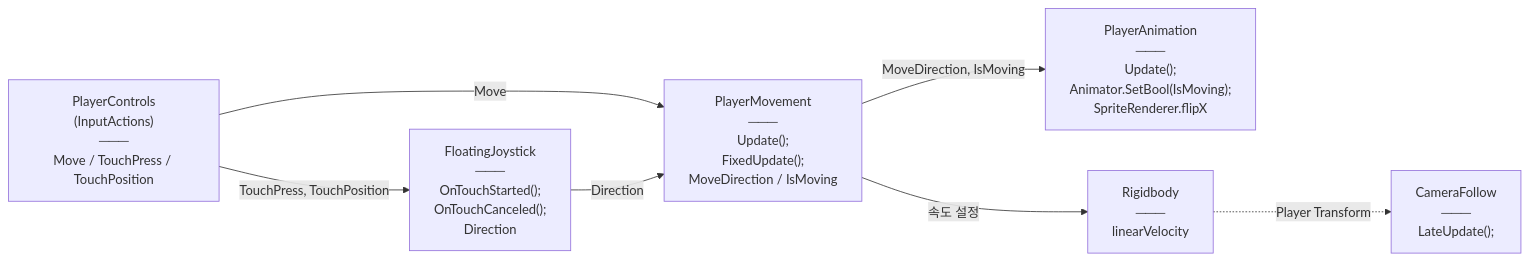
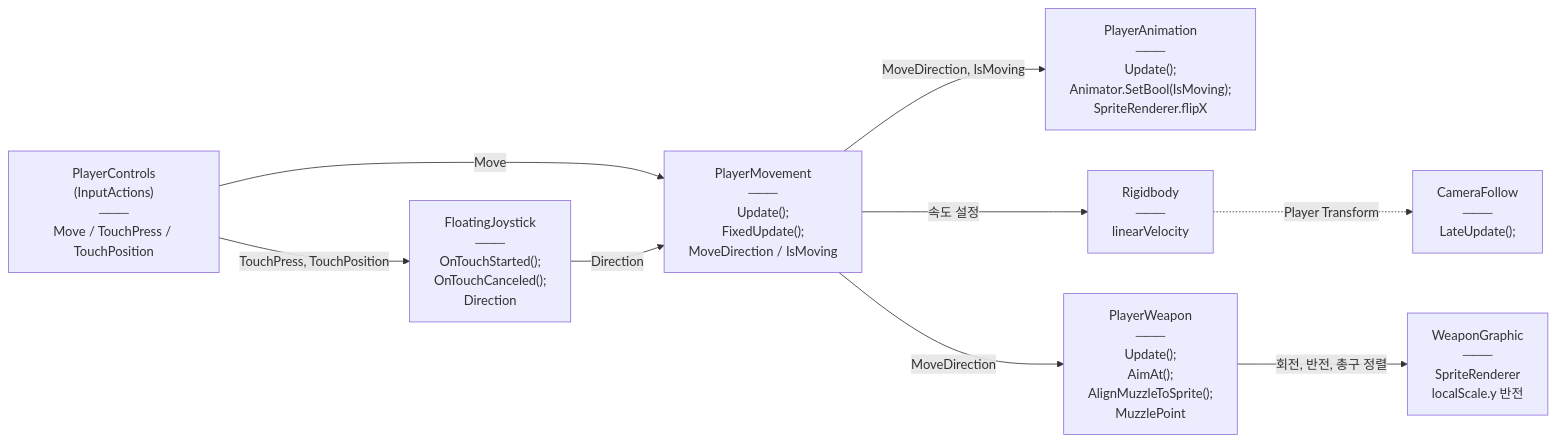
The diagram in Docs/ImplementDocs/Diagram.md (jayy5288sk/AICodeProject), drawn with Mermaid before and after one commit. The commit also changed other lines of this file and 8 other files, not shown here.

````diff
--- a/Docs/ImplementDocs/Diagram.md
+++ b/Docs/ImplementDocs/Diagram.md
@@ -4,16 +4,20 @@
 ```mermaid
 flowchart LR
     Input["PlayerControls<br/>(InputActions)<br/>───<br/>Move / TouchPress / TouchPosition"]
     Joystick["FloatingJoystick<br/>───<br/>OnTouchStarted();<br/>OnTouchCanceled();<br/>Direction"]
     Movement["PlayerMovement<br/>───<br/>Update();<br/>FixedUpdate();<br/>MoveDirection / IsMoving"]
     Animation["PlayerAnimation<br/>───<br/>Update();<br/>Animator.SetBool(IsMoving);<br/>SpriteRenderer.flipX"]
     Body["Rigidbody<br/>───<br/>linearVelocity"]
     Camera["CameraFollow<br/>───<br/>LateUpdate();"]
+    Weapon["PlayerWeapon<br/>───<br/>Update();<br/>AimAt();<br/>AlignMuzzleToSprite();<br/>MuzzlePoint"]
+    WeaponGraphic["WeaponGraphic<br/>───<br/>SpriteRenderer<br/>localScale.y 반전"]
 
     Input -->|TouchPress, TouchPosition| Joystick
     Input -->|Move| Movement
     Joystick -->|Direction| Movement
     Movement -->|속도 설정| Body
     Movement -->|MoveDirection, IsMoving| Animation
     Body -.->|Player Transform| Camera
+    Movement -->|MoveDirection| Weapon
+    Weapon -->|회전, 반전, 총구 정렬| WeaponGraphic
 ```
````
